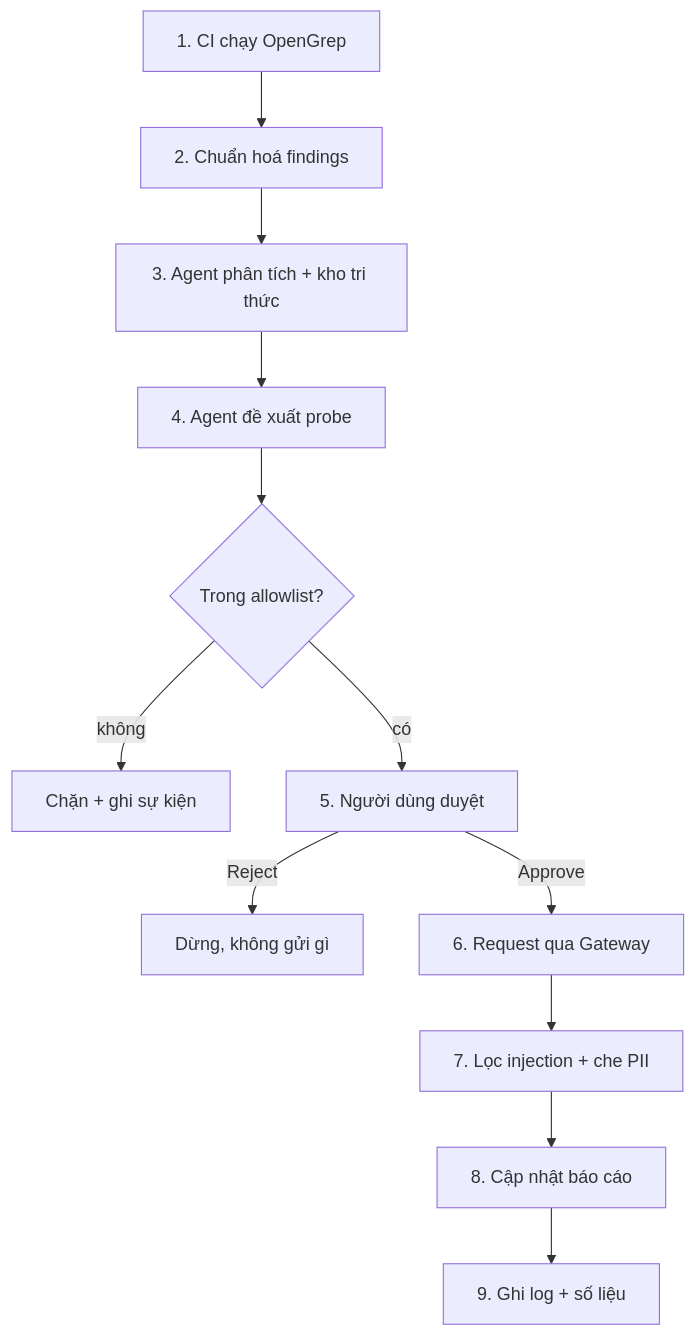
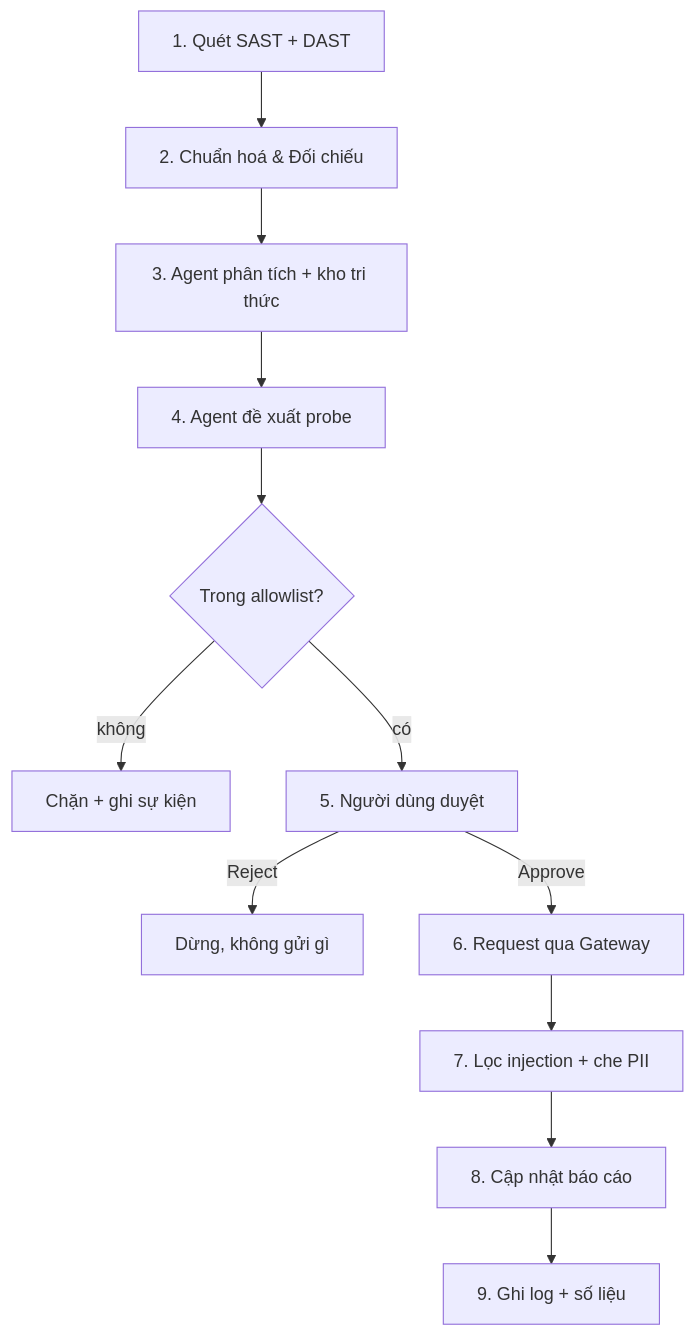
One commit to longngx04/2026-07-29_NguyenDinhBaoLong_Week4 changed the diagram in README.md. Above: the diagram before and after it, drawn with Mermaid. The commit also changed other lines of this file and 10 other files, not shown here.

````diff
--- a/README.md
+++ b/README.md
@@ -15,14 +15,14 @@
 ```mermaid
 flowchart TD
-    A[1. CI chạy OpenGrep] --> B[2. Chuẩn hoá findings]
+    A[1. Quét SAST + DAST] --> B[2. Chuẩn hoá & Đối chiếu]
     B --> C[3. Agent phân tích + kho tri thức]
     C --> D[4. Agent đề xuất probe]
     D --> E{Trong allowlist?}
     E -- không --> X[Chặn + ghi sự kiện]
     E -- có --> F[5. Người dùng duyệt]
     F -- Reject --> Y[Dừng, không gửi gì]
     F -- Approve --> G[6. Request qua Gateway]
     G --> H[7. Lọc injection + che PII]
     H --> I[8. Cập nhật báo cáo]
     I --> J[9. Ghi log + số liệu]
 ```
````
